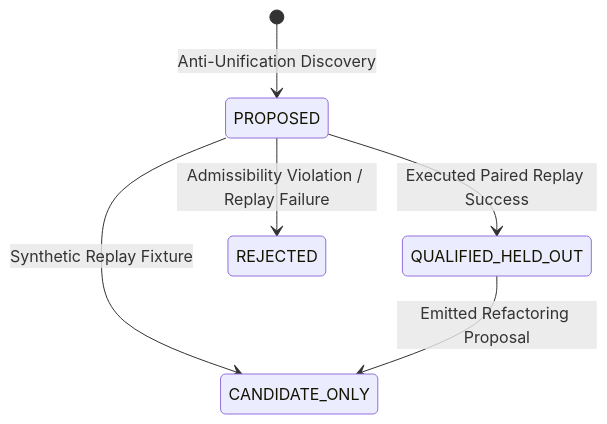
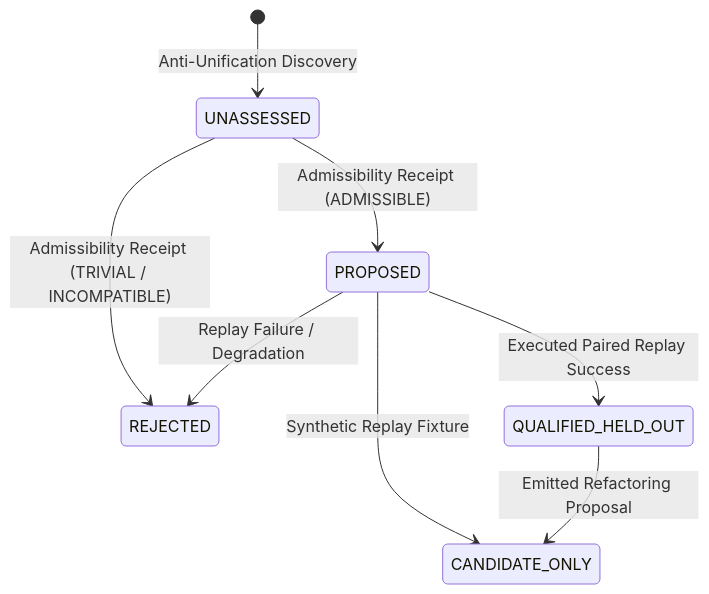
Before and after one commit to Miskatonic-System/msk-formal-discovery: the diagram in docs/ABSTRACTION_MODEL.md, drawn with Mermaid. The commit also changed other lines of this file and 24 other files, not shown here.

````diff
--- a/docs/ABSTRACTION_MODEL.md
+++ b/docs/ABSTRACTION_MODEL.md
@@ -121,8 +129,10 @@
 ```mermaid
 stateDiagram-v2
-    [*] --> PROPOSED : Anti-Unification Discovery
+    [*] --> UNASSESSED : Anti-Unification Discovery
+    UNASSESSED --> PROPOSED : Admissibility Receipt (ADMISSIBLE)
+    UNASSESSED --> REJECTED : Admissibility Receipt (TRIVIAL / INCOMPATIBLE)
     PROPOSED --> QUALIFIED_HELD_OUT : Executed Paired Replay Success
     PROPOSED --> CANDIDATE_ONLY : Synthetic Replay Fixture
-    PROPOSED --> REJECTED : Admissibility Violation / Replay Failure
+    PROPOSED --> REJECTED : Replay Failure / Degradation
     QUALIFIED_HELD_OUT --> CANDIDATE_ONLY : Emitted Refactoring Proposal
 ```
````
